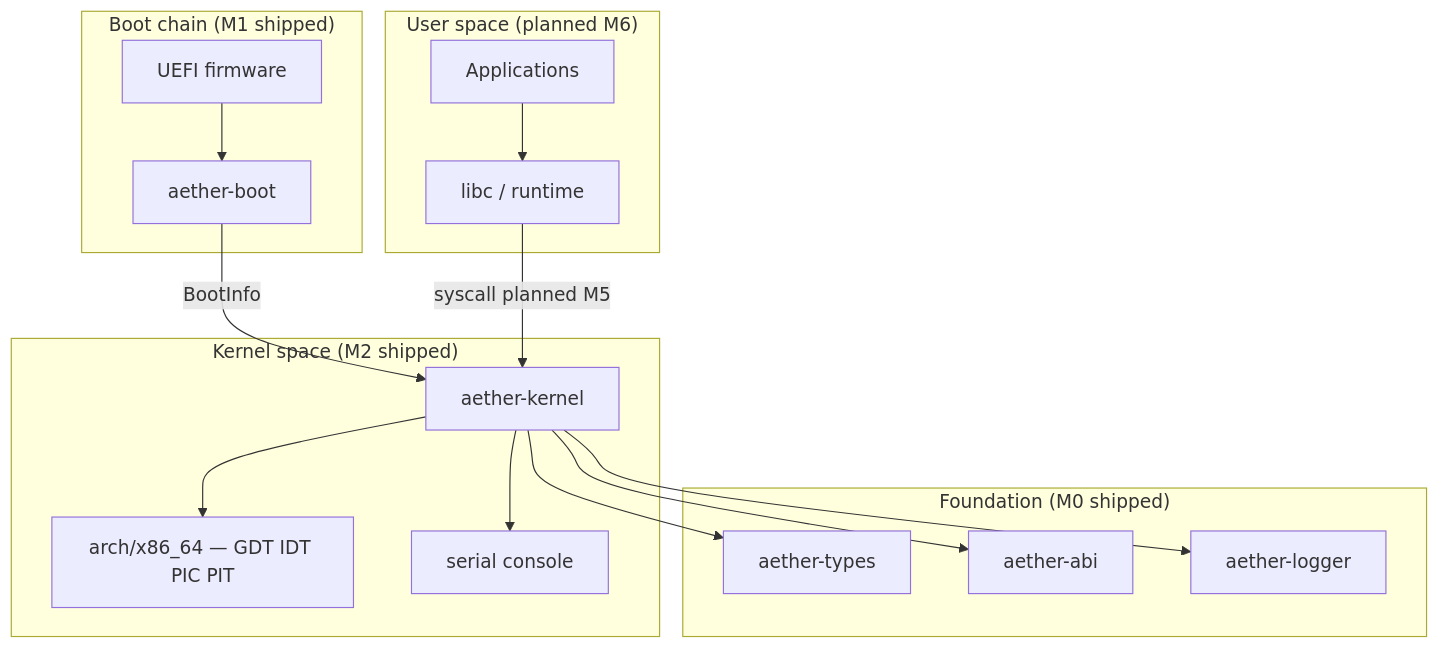
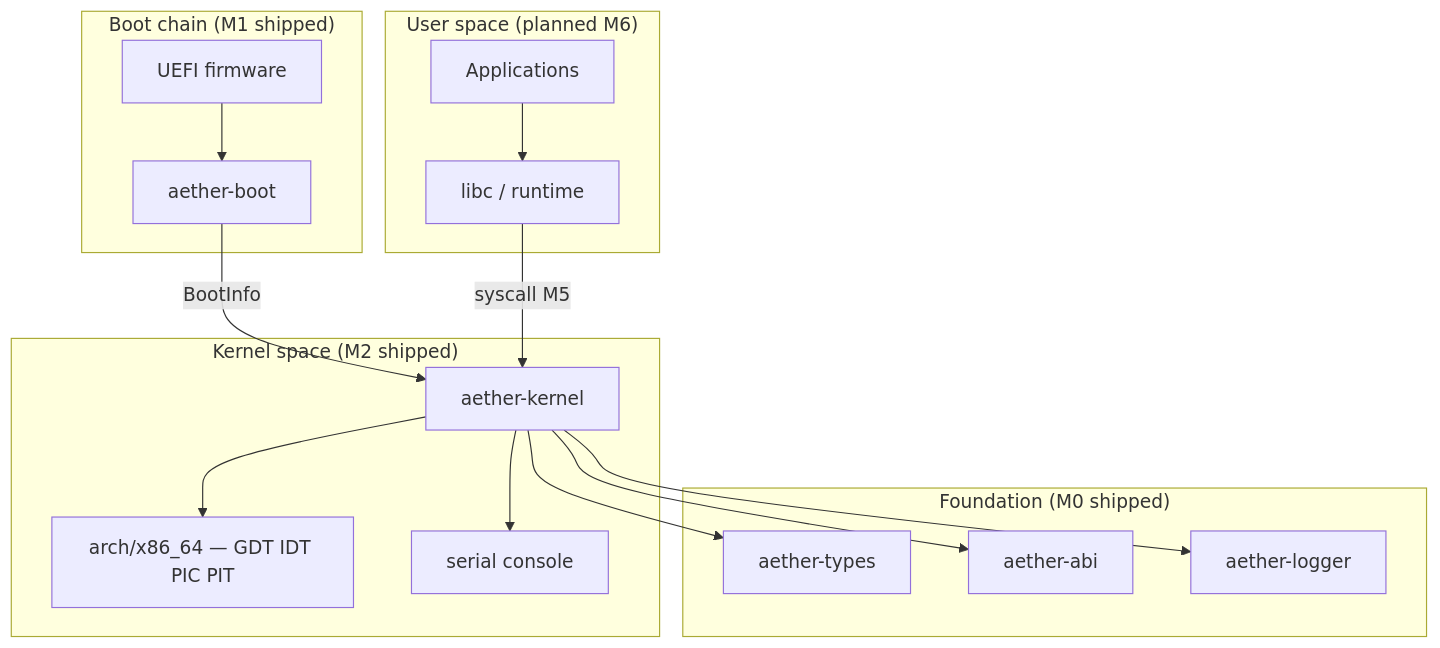
Before and after one commit to D1bakar/ather-os: the diagram in README.md, drawn with Mermaid. The commit also changed other lines of this file and 12 other files, not shown here.

````diff
--- a/README.md
+++ b/README.md
@@ -65,34 +67,34 @@
 ```mermaid
 graph TB
     subgraph userspace["User space (planned M6)"]
         APP[Applications]
         LIBC[libc / runtime]
     end
 
     subgraph kernelspace["Kernel space (M2 shipped)"]
         KERN[aether-kernel]
         ARCH[arch/x86_64 — GDT IDT PIC PIT]
         SER[serial console]
     end
 
     subgraph bootchain["Boot chain (M1 shipped)"]
         UEFI[UEFI firmware]
         BL[aether-boot]
     end
 
     subgraph foundation["Foundation (M0 shipped)"]
         TYPES[aether-types]
         ABI[aether-abi]
         LOG[aether-logger]
     end
 
     UEFI --> BL
     BL -->|BootInfo| KERN
     KERN --> ARCH
     KERN --> SER
     APP --> LIBC
-    LIBC -->|syscall planned M5| KERN
+    LIBC -->|syscall M5| KERN
     KERN --> TYPES
     KERN --> ABI
     KERN --> LOG
 ```
````
